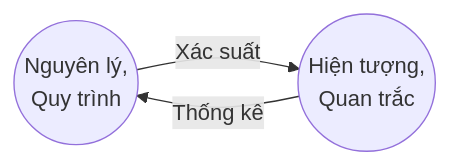
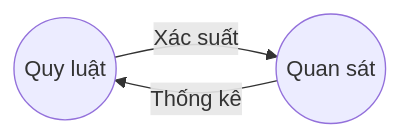
The diagram in index.qmd (phanhuyich/xstk), drawn with Mermaid before and after one commit. The commit also changed other lines of this file, not shown here.

Commit message:
probability vs statistics

````diff
--- a/index.qmd
+++ b/index.qmd
@@ -15,9 +3,9 @@
 ```{mermaid}
 %%| label: fig-proba-stats
 %%| fig-cap: Xác suất và thống kê.
 flowchart LR
-  A((Nguyên lý,\n Quy trình))
-  B((Hiện tượng,\n Quan trắc))
+  A((Quy luật))
+  B((Quan sát))
   A-- Xác suất -->B
   B-- Thống kê --> A
 ```
````
